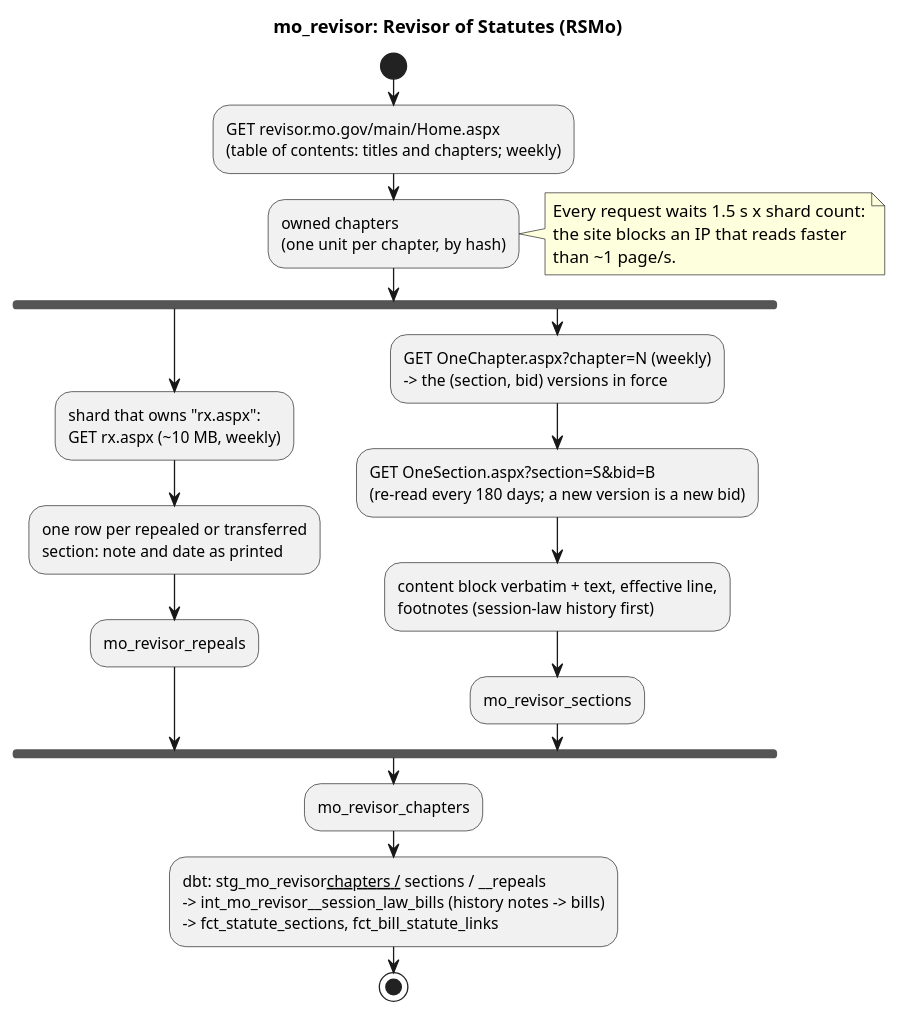
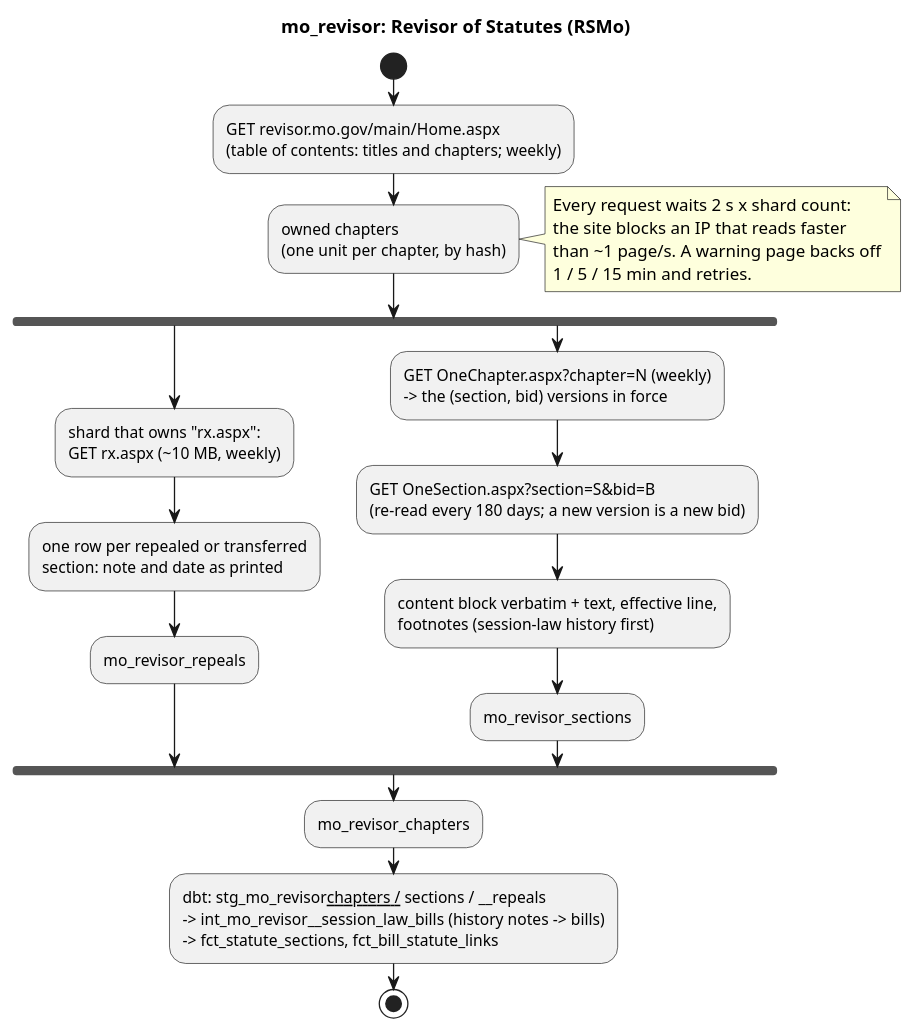
One commit to akettmann/missouri_gov_feed changed the diagram in docs/diagrams/sources/mo_revisor.puml. Above: the diagram before and after it, drawn with PlantUML. The commit also changed 5 other files, not shown here.

First line of the commit message:
mo_revisor: back off and retry on the speeding warning; 2 s between requests (#34)

```diff
--- a/docs/diagrams/sources/mo_revisor.puml
+++ b/docs/diagrams/sources/mo_revisor.puml
@@ -1,33 +1,34 @@
 @startuml mo_revisor
 title mo_revisor: Revisor of Statutes (RSMo)
 start
 :GET revisor.mo.gov/main/Home.aspx
 (table of contents: titles and chapters; weekly);
 :owned chapters
 (one unit per chapter, by hash);
 note right
-  Every request waits 1.5 s x shard count:
+  Every request waits 2 s x shard count:
   the site blocks an IP that reads faster
-  than ~1 page/s.
+  than ~1 page/s. A warning page backs off
+  1 / 5 / 15 min and retries.
 end note
 fork
   :shard that owns "rx.aspx":
   GET rx.aspx (~10 MB, weekly);
   :one row per repealed or transferred
   section: note and date as printed;
   :mo_revisor_repeals;
 fork again
   :GET OneChapter.aspx?chapter=N (weekly)
   -> the (section, bid) versions in force;
   :GET OneSection.aspx?section=S&bid=B
   (re-read every 180 days; a new version is a new bid);
   :content block verbatim + text, effective line,
   footnotes (session-law history first);
   :mo_revisor_sections;
 end fork
 :mo_revisor_chapters;
 :dbt: stg_mo_revisor__chapters / __sections / __repeals
 -> int_mo_revisor__session_law_bills (history notes -> bills)
 -> fct_statute_sections, fct_bill_statute_links;
 stop
 @enduml
```
